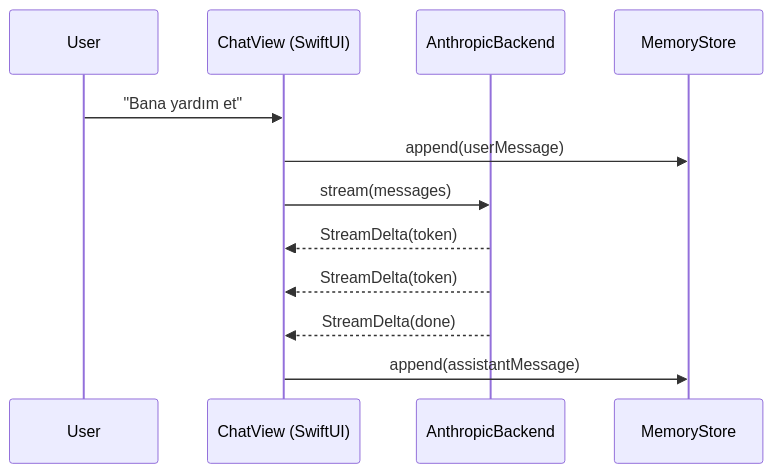
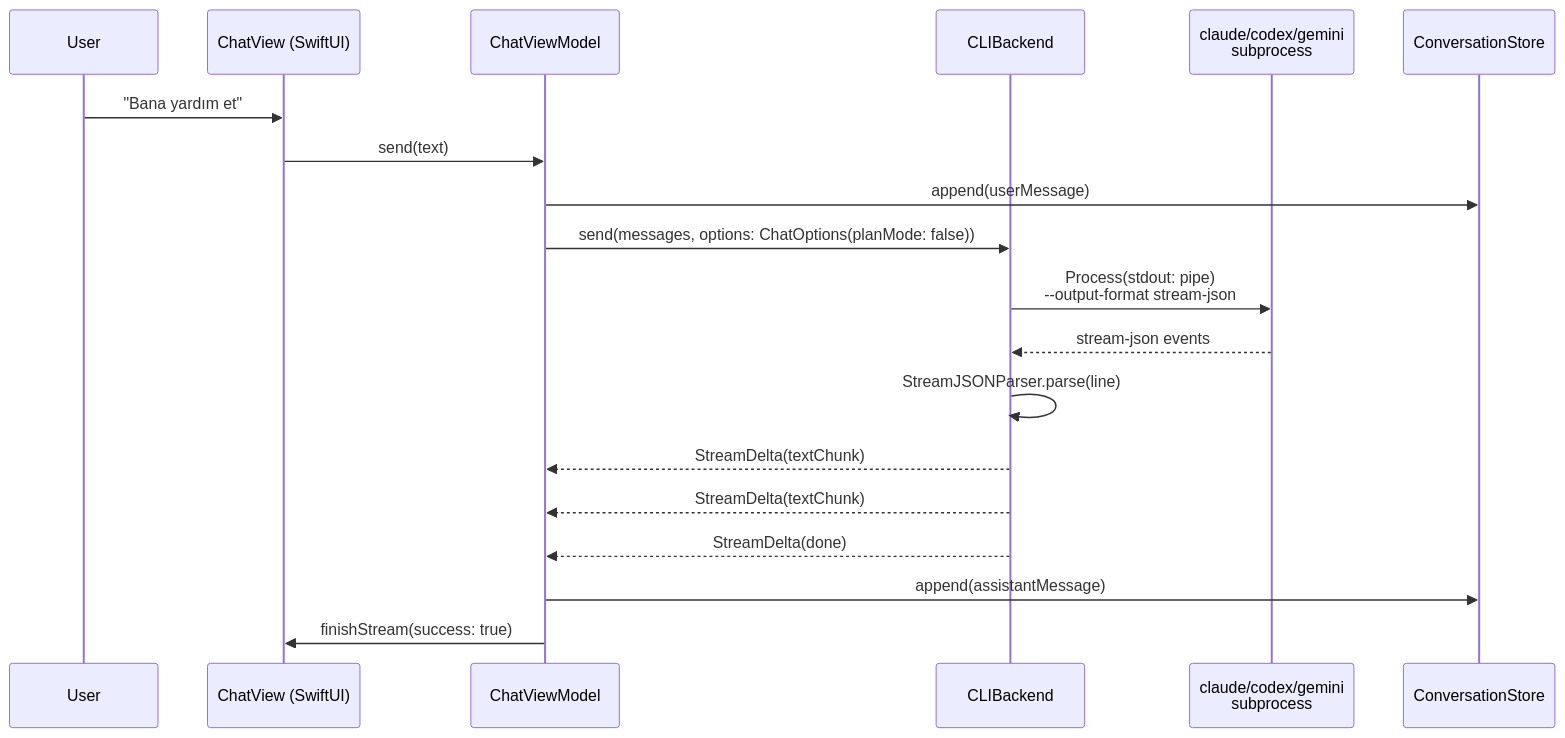
One commit to ErkutYavuzer/pixel-agent changed the second of 5 diagrams in docs/architecture.md. Above: the diagram before and after it, drawn with Mermaid. The commit also changed other lines of this file and 2 other files, not shown here.

First line of the commit message:
docs: konsolidasyon — README + architecture.md v0.2.4 ile senkron

````diff
--- a/docs/architecture.md
+++ b/docs/architecture.md
@@ -31,15 +41,22 @@
 ```mermaid
 sequenceDiagram
     participant User
     participant ChatView as ChatView (SwiftUI)
-    participant Backend as AnthropicBackend
-    participant Memory as MemoryStore
+    participant VM as ChatViewModel
+    participant CLI as CLIBackend
+    participant Subproc as claude/codex/gemini<br/>subprocess
+    participant Memory as ConversationStore
 
     User->>ChatView: "Bana yardım et"
-    ChatView->>Memory: append(userMessage)
-    ChatView->>Backend: stream(messages)
-    Backend-->>ChatView: StreamDelta(token)
-    Backend-->>ChatView: StreamDelta(token)
-    Backend-->>ChatView: StreamDelta(done)
-    ChatView->>Memory: append(assistantMessage)
+    ChatView->>VM: send(text)
+    VM->>Memory: append(userMessage)
+    VM->>CLI: send(messages, options: ChatOptions(planMode: false))
+    CLI->>Subproc: Process(stdout: pipe)<br/>--output-format stream-json
+    Subproc-->>CLI: stream-json events
+    CLI->>CLI: StreamJSONParser.parse(line)
+    CLI-->>VM: StreamDelta(textChunk)
+    CLI-->>VM: StreamDelta(textChunk)
+    CLI-->>VM: StreamDelta(done)
+    VM->>Memory: append(assistantMessage)
+    VM->>ChatView: finishStream(success: true)
 ```
````
